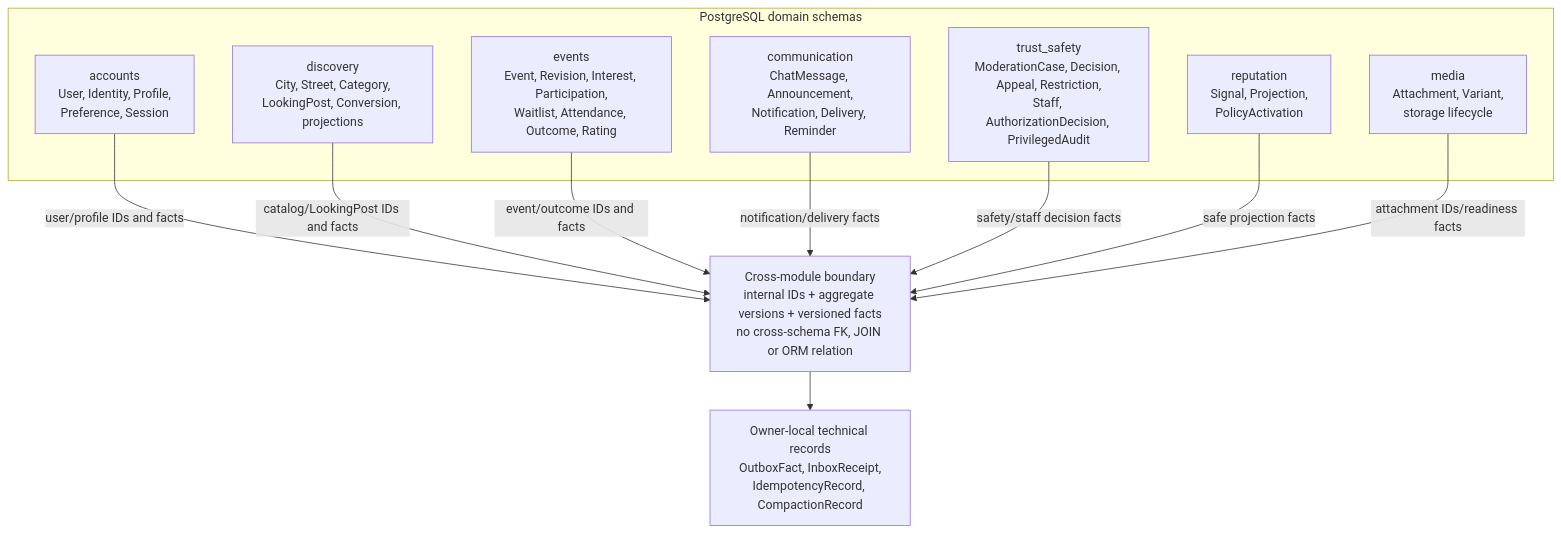
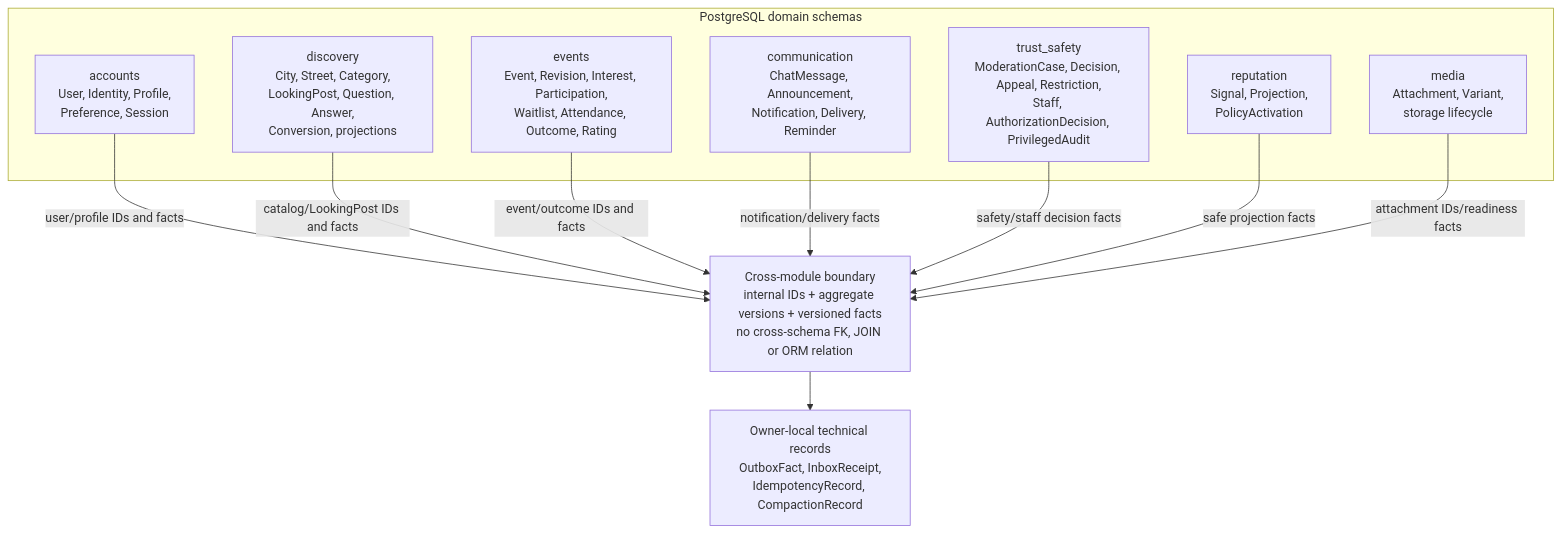
One commit to ittadoru/afisha-bot changed the diagram in docs/g4/diagrams/04-domain-er-overview.mmd. Above: the diagram before and after it, drawn with Mermaid. The commit also changed 77 other files, not shown here.

```diff
--- a/docs/g4/diagrams/04-domain-er-overview.mmd
+++ b/docs/g4/diagrams/04-domain-er-overview.mmd
@@ -1,23 +1,23 @@
 flowchart TB
     subgraph schemas["PostgreSQL domain schemas"]
         accounts["accounts<br/>User, Identity, Profile,<br/>Preference, Session"]
-        discovery["discovery<br/>City, Street, Category,<br/>LookingPost, Conversion, projections"]
+        discovery["discovery<br/>City, Street, Category,<br/>LookingPost, Question, Answer,<br/>Conversion, projections"]
         events["events<br/>Event, Revision, Interest, Participation,<br/>Waitlist, Attendance, Outcome, Rating"]
         communication["communication<br/>ChatMessage, Announcement,<br/>Notification, Delivery, Reminder"]
         trust["trust_safety<br/>ModerationCase, Decision, Appeal, Restriction,<br/>Staff, AuthorizationDecision, PrivilegedAudit"]
         reputation["reputation<br/>Signal, Projection,<br/>PolicyActivation"]
         media["media<br/>Attachment, Variant,<br/>storage lifecycle"]
     end
 
     boundary["Cross-module boundary<br/>internal IDs + aggregate versions + versioned facts<br/>no cross-schema FK, JOIN or ORM relation"]
     technical["Owner-local technical records<br/>OutboxFact, InboxReceipt,<br/>IdempotencyRecord, CompactionRecord"]
 
     accounts -->|"user/profile IDs and facts"| boundary
     discovery -->|"catalog/LookingPost IDs and facts"| boundary
     events -->|"event/outcome IDs and facts"| boundary
     communication -->|"notification/delivery facts"| boundary
     trust -->|"safety/staff decision facts"| boundary
     reputation -->|"safe projection facts"| boundary
     media -->|"attachment IDs/readiness facts"| boundary
 
     boundary --> technical
```
